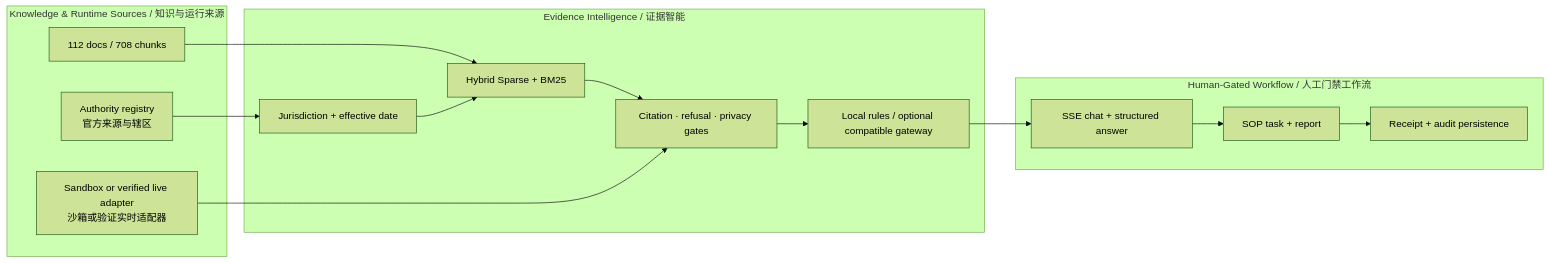
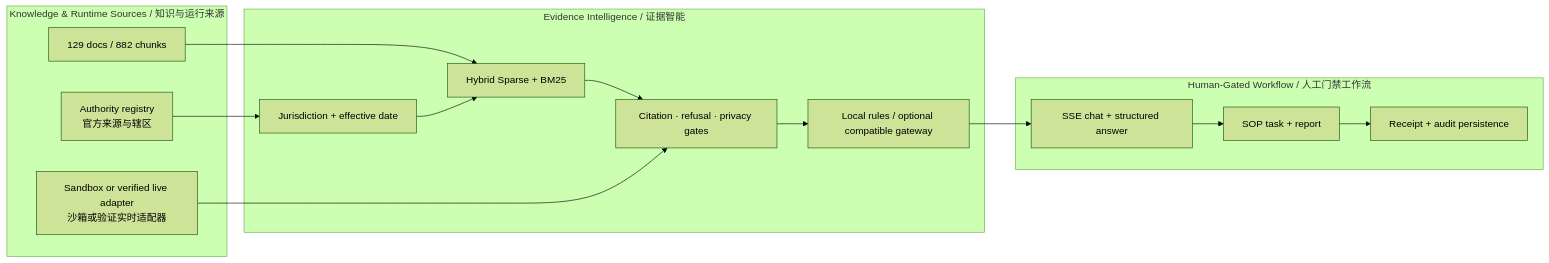
The diagram in README.md (wenjiayi123/xiaoyi-maritime-ai), drawn with Mermaid (forest theme) before and after one commit. The commit also changed other lines of this file and 140 other files, not shown here.

````diff
--- a/README.md
+++ b/README.md
@@ -77,24 +93,24 @@
 ```mermaid
 flowchart LR
   subgraph Sources["Knowledge & Runtime Sources / 知识与运行来源"]
-    KB["112 docs / 708 chunks"]
+    KB["129 docs / 882 chunks"]
     REG["Authority registry\n官方来源与辖区"]
     OPS["Sandbox or verified live adapter\n沙箱或验证实时适配器"]
   end
   subgraph Intelligence["Evidence Intelligence / 证据智能"]
     HYB["Hybrid Sparse + BM25"]
     ROUTE["Jurisdiction + effective date"]
     POLICY["Citation · refusal · privacy gates"]
     LLM["Local rules / optional compatible gateway"]
   end
   subgraph Workflow["Human-Gated Workflow / 人工门禁工作流"]
     CHAT["SSE chat + structured answer"]
     SOP["SOP task + report"]
     AUDIT["Receipt + audit persistence"]
   end
   KB --> HYB
   REG --> ROUTE --> HYB --> POLICY
   OPS --> POLICY
   POLICY --> LLM --> CHAT
   CHAT --> SOP --> AUDIT
 ```
````
